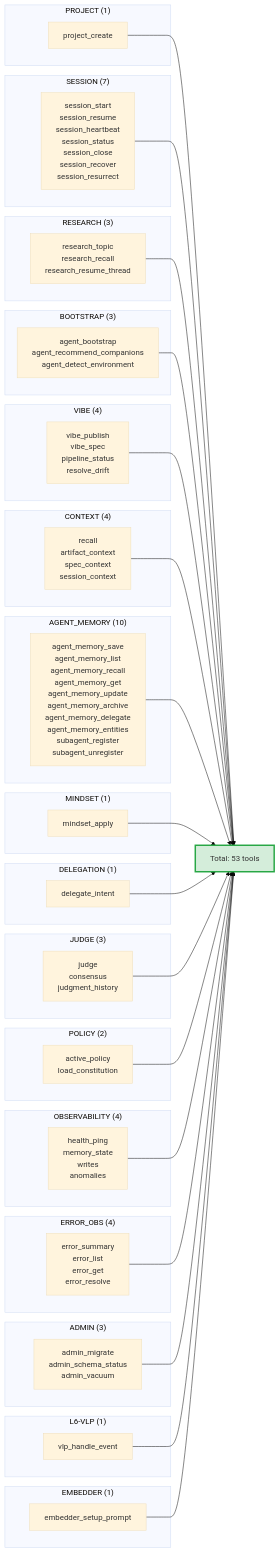
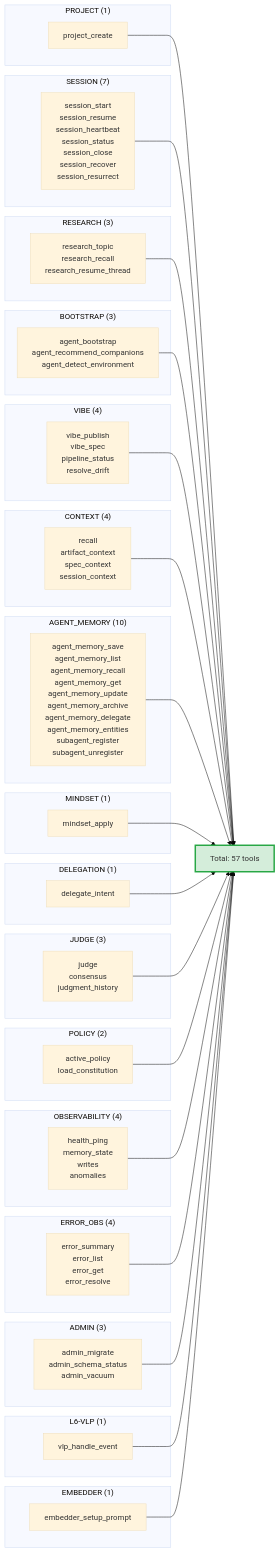
One commit to Opita-Code/dark-memory-mcp changed the second of 9 diagrams in docs/DIAGRAMAS.md. Above: the diagram before and after it, drawn with Mermaid (base theme). The commit also changed other lines of this file and 4 other files, not shown here.

First line of the commit message:
docs(sync): t5.A — surface docs reflect 57 canonical tools / 17 namespaces / schema v26

````diff
--- a/docs/DIAGRAMAS.md
+++ b/docs/DIAGRAMAS.md
@@ -76,71 +76,71 @@
 ```mermaid
 graph LR
     subgraph "PROJECT (1)"
         N1[project_create]
     end
     subgraph "SESSION (7)"
         N2[session_start<br/>session_resume<br/>session_heartbeat<br/>session_status<br/>session_close<br/>session_recover<br/>session_resurrect]
     end
     subgraph "RESEARCH (3)"
         N3[research_topic<br/>research_recall<br/>research_resume_thread]
     end
     subgraph "BOOTSTRAP (3)"
         N4[agent_bootstrap<br/>agent_recommend_companions<br/>agent_detect_environment]
     end
     subgraph "VIBE (4)"
         N5[vibe_publish<br/>vibe_spec<br/>pipeline_status<br/>resolve_drift]
     end
     subgraph "CONTEXT (4)"
         N6[recall<br/>artifact_context<br/>spec_context<br/>session_context]
     end
     subgraph "AGENT_MEMORY (10)"
         N7[agent_memory_save<br/>agent_memory_list<br/>agent_memory_recall<br/>agent_memory_get<br/>agent_memory_update<br/>agent_memory_archive<br/>agent_memory_delegate<br/>agent_memory_entities<br/>subagent_register<br/>subagent_unregister]
     end
     subgraph "MINDSET (1)"
         N8[mindset_apply]
     end
     subgraph "DELEGATION (1)"
         N9[delegate_intent]
     end
     subgraph "JUDGE (3)"
         N10[judge<br/>consensus<br/>judgment_history]
     end
     subgraph "POLICY (2)"
         N11[active_policy<br/>load_constitution]
     end
     subgraph "OBSERVABILITY (4)"
         N12[health_ping<br/>memory_state<br/>writes<br/>anomalies]
     end
     subgraph "ERROR_OBS (4)"
         N13[error_summary<br/>error_list<br/>error_get<br/>error_resolve]
     end
     subgraph "ADMIN (3)"
         N14[admin_migrate<br/>admin_schema_status<br/>admin_vacuum]
     end
     subgraph "L6-VLP (1)"
         N15[vlp_handle_event]
     end
     subgraph "EMBEDDER (1)"
         N16[embedder_setup_prompt]
     end
 
-    N1 --> T["Total: 53 tools"]
+    N1 --> T["Total: 57 tools"]
     N2 --> T
     N3 --> T
     N4 --> T
     N5 --> T
     N6 --> T
     N7 --> T
     N8 --> T
     N9 --> T
     N10 --> T
     N11 --> T
     N12 --> T
     N13 --> T
     N14 --> T
     N15 --> T
     N16 --> T
 
     classDef totalNode fill:#d4edda,stroke:#28a745,stroke-width:3px
     class T totalNode
 ```
````
